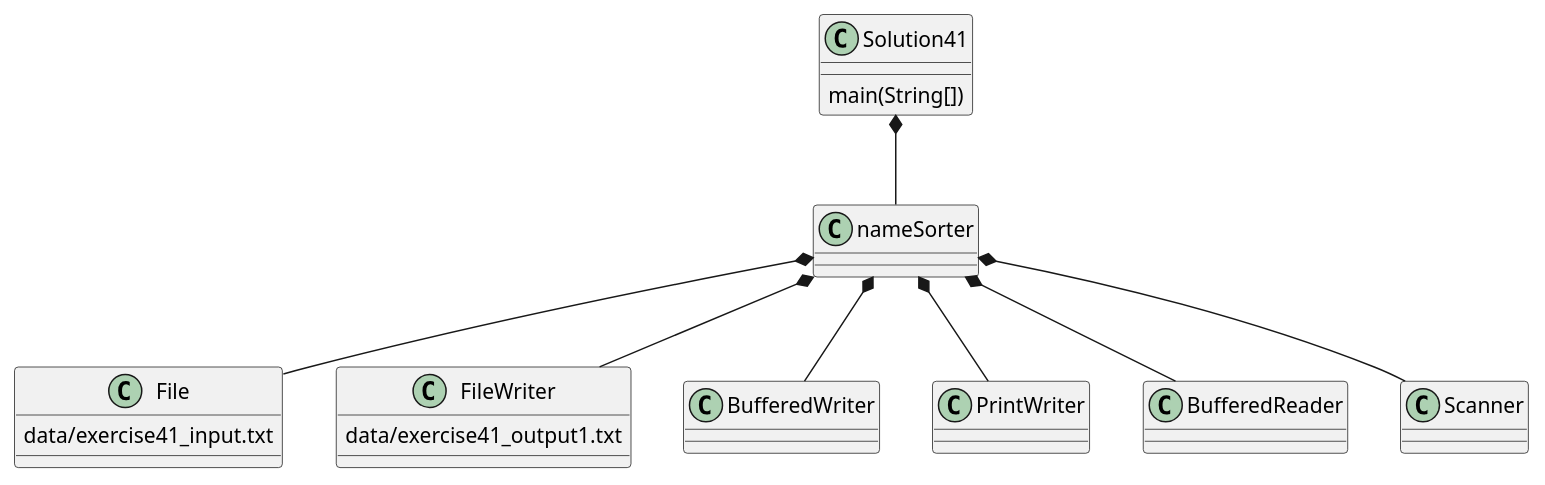
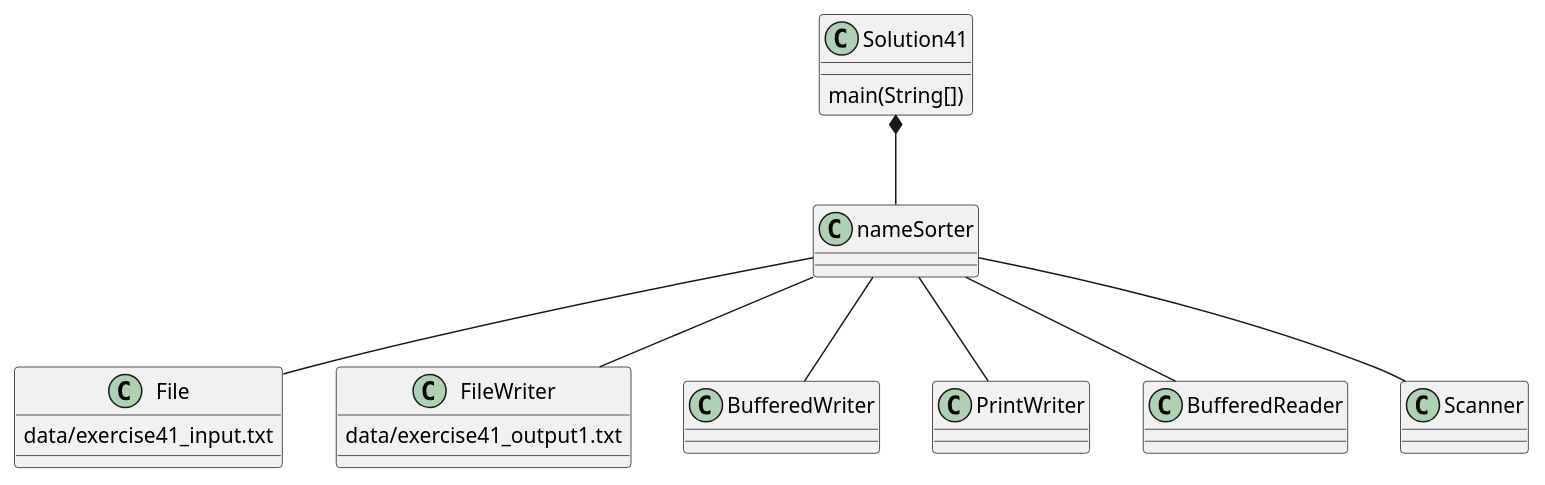
One commit to MohitBallikar/Ballikar-a04 changed the diagram in exercise41/docs/exercise41.puml. Above: the diagram before and after it, drawn with PlantUML. The commit also changed 2 other files, not shown here.

Commit message:
uml edit

```diff
--- a/exercise41/docs/exercise41.puml
+++ b/exercise41/docs/exercise41.puml
@@ -1,23 +1,23 @@
 @startuml
 class Solution41 {
     main(String[])
 }
 
 Solution41 *-- nameSorter
 
  class File{
  data/exercise41_input.txt
  }
 
-nameSorter *-- File
-nameSorter *-- FileWriter
-nameSorter *-- BufferedWriter
-nameSorter *-- PrintWriter
-nameSorter *-- BufferedReader
-nameSorter *-- Scanner
+nameSorter -- File
+nameSorter -- FileWriter
+nameSorter -- BufferedWriter
+nameSorter -- PrintWriter
+nameSorter -- BufferedReader
+nameSorter -- Scanner
 
 class FileWriter{
 data/exercise41_output1.txt
 }
 
 @enduml
```
